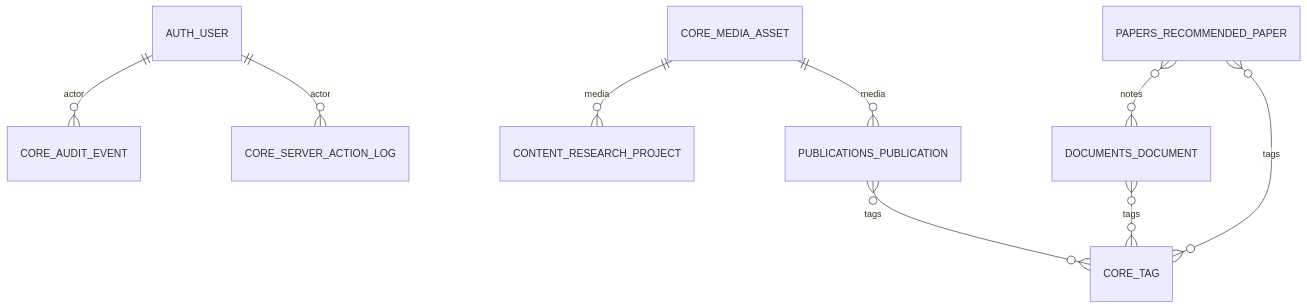
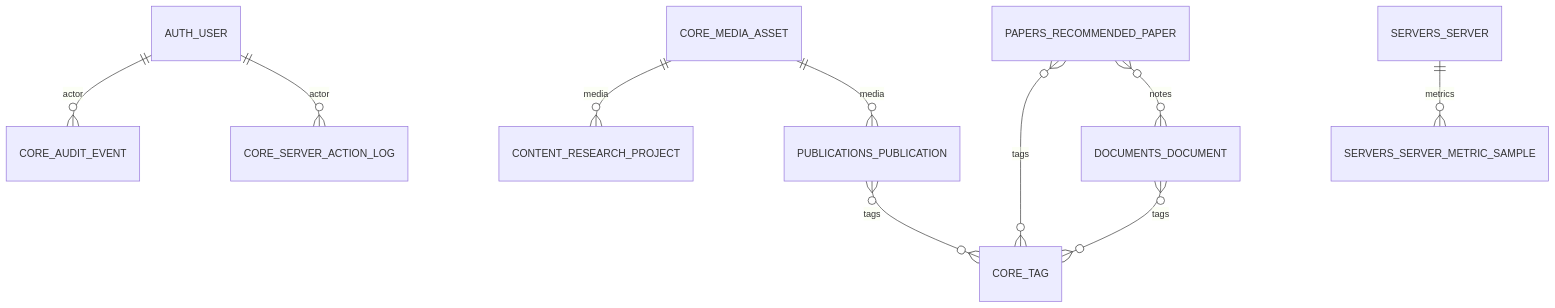
One commit to Yibinory/Syins-Full-Site changed the second of 2 diagrams in BACKEND_DATABASE_DESIGN.md. Above: the diagram before and after it, drawn with Mermaid. The commit also changed other lines of this file and 102 other files, not shown here.

````diff
--- a/BACKEND_DATABASE_DESIGN.md
+++ b/BACKEND_DATABASE_DESIGN.md
@@ -451,11 +505,12 @@
 ```mermaid
 erDiagram
     AUTH_USER ||--o{ CORE_AUDIT_EVENT : actor
     AUTH_USER ||--o{ CORE_SERVER_ACTION_LOG : actor
     CORE_MEDIA_ASSET ||--o{ CONTENT_RESEARCH_PROJECT : media
     CORE_MEDIA_ASSET ||--o{ PUBLICATIONS_PUBLICATION : media
     PUBLICATIONS_PUBLICATION }o--o{ CORE_TAG : tags
     DOCUMENTS_DOCUMENT }o--o{ CORE_TAG : tags
     PAPERS_RECOMMENDED_PAPER }o--o{ CORE_TAG : tags
     PAPERS_RECOMMENDED_PAPER }o--o{ DOCUMENTS_DOCUMENT : notes
+    SERVERS_SERVER ||--o{ SERVERS_SERVER_METRIC_SAMPLE : metrics
 ```
````
